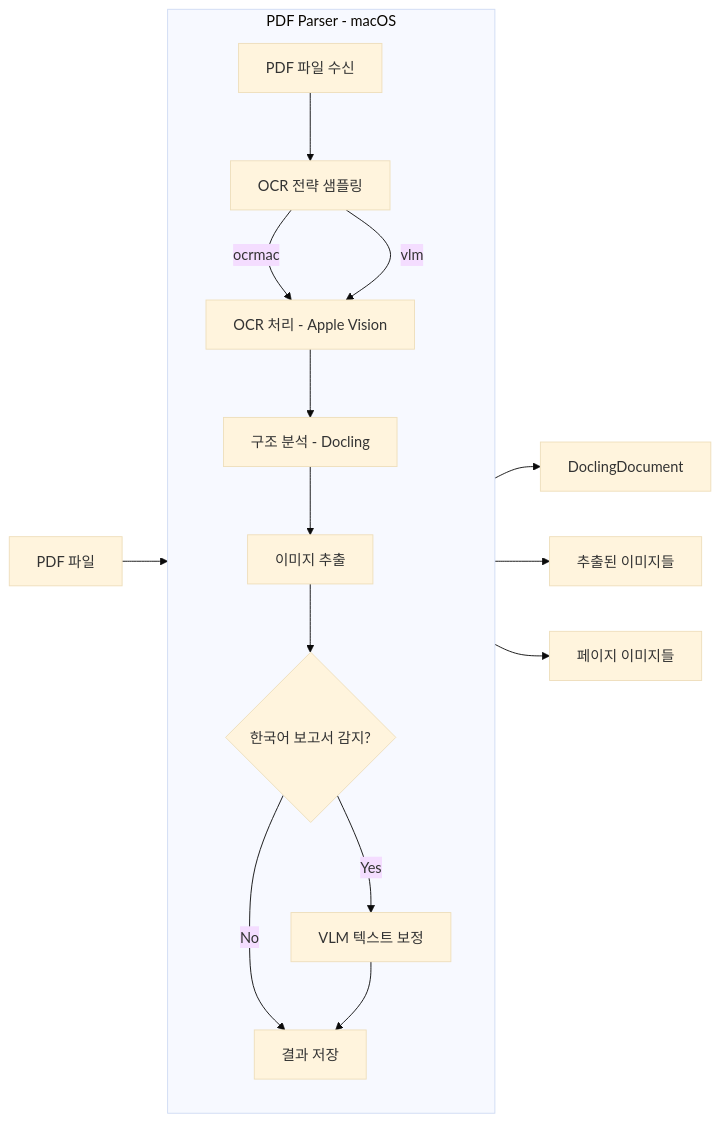
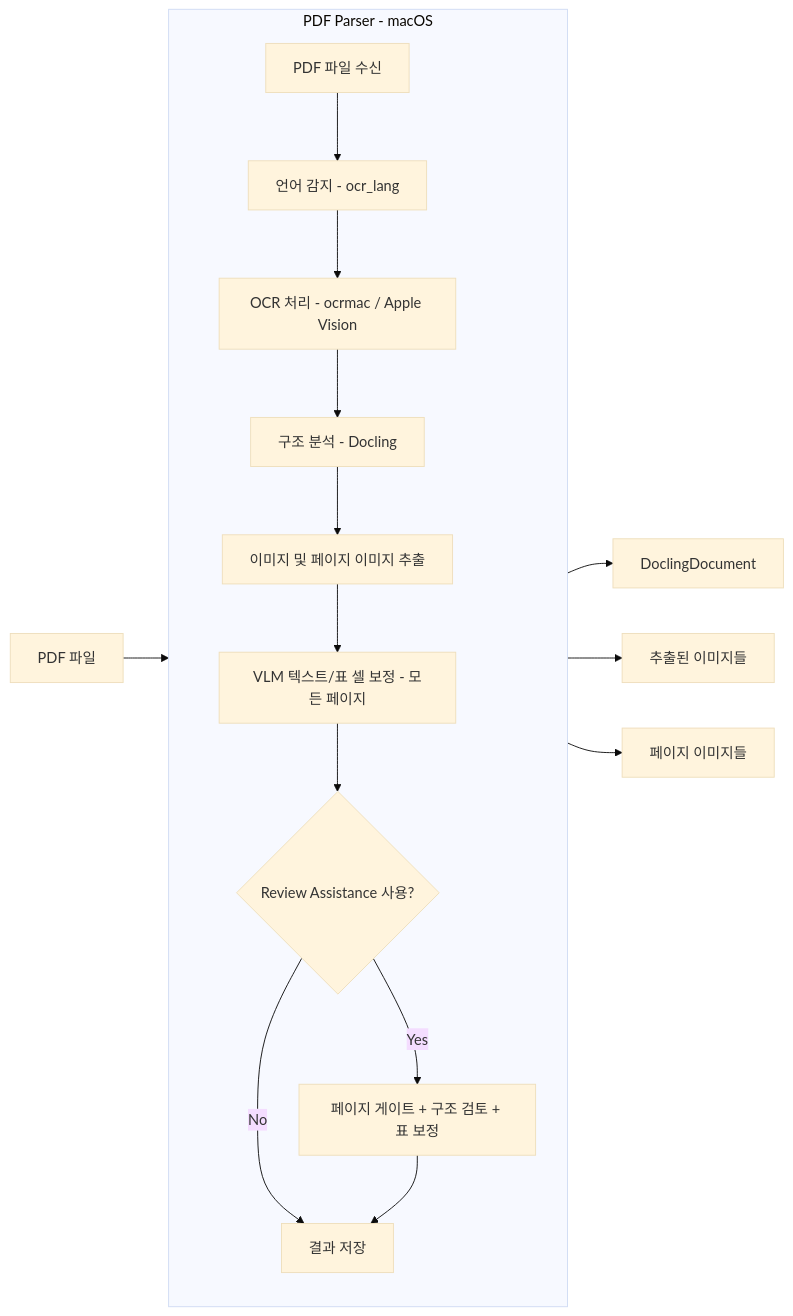
One commit to heripo-lab/heripo-engine changed the third of 6 diagrams in docs/architecture.ko.md. Above: the diagram before and after it, drawn with Mermaid (base theme). The commit also changed other lines of this file and 12 other files, not shown here.

````diff
--- a/docs/architecture.ko.md
+++ b/docs/architecture.ko.md
@@ -167,20 +173,20 @@
 ```mermaid
 flowchart LR
     subgraph PDFParser[PDF Parser - macOS]
         direction TB
-        A[PDF 파일 수신] --> B[OCR 전략 샘플링]
-        B -->|ocrmac| C[OCR 처리 - Apple Vision]
-        B -->|vlm| C
+        A[PDF 파일 수신] --> B[언어 감지 - ocr_lang]
+        B --> C[OCR 처리 - ocrmac / Apple Vision]
         C --> D[구조 분석 - Docling]
-        D --> E[이미지 추출]
-        E --> F{한국어 보고서 감지?}
-        F -->|Yes| G[VLM 텍스트 보정]
-        F -->|No| H[결과 저장]
-        G --> H
+        D --> E[이미지 및 페이지 이미지 추출]
+        E --> F[VLM 텍스트/표 셀 보정 - 모든 페이지]
+        F --> G{Review Assistance 사용?}
+        G -->|Yes| R[페이지 게이트 + 구조 검토 + 표 보정]
+        G -->|No| H[결과 저장]
+        R --> H
     end
 
     PDF[PDF 파일] --> PDFParser
     PDFParser --> Doc[DoclingDocument]
     PDFParser --> Images[추출된 이미지들]
     PDFParser --> Pages[페이지 이미지들]
 ```
````
